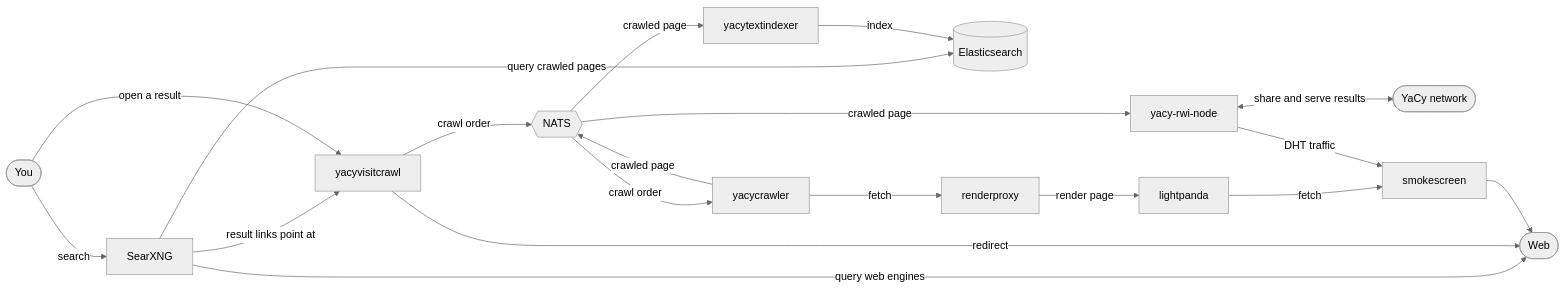
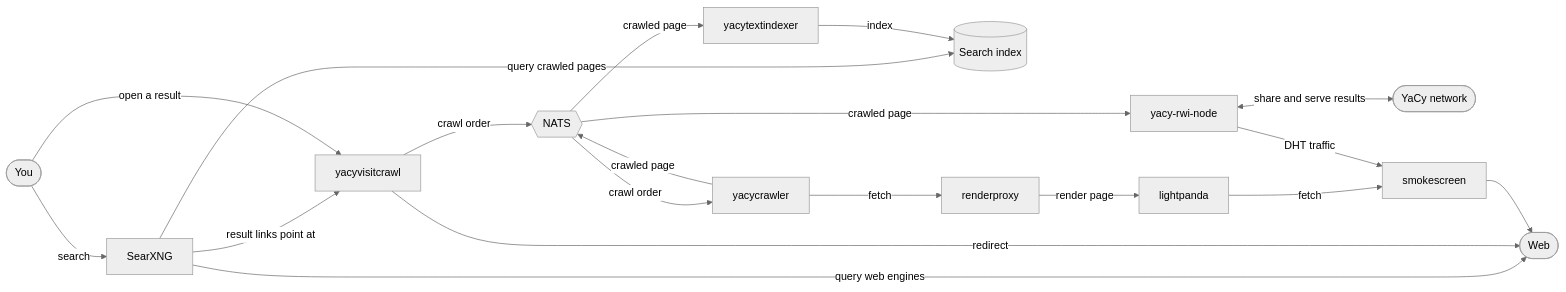
Before and after one commit to nikitakarpei/my-yacy-node: the diagram in examples/full-yacy-stack/README.md, drawn with Mermaid (neutral theme). The commit also changed other lines of this file and 8 other files, not shown here.

````diff
--- a/examples/full-yacy-stack/README.md
+++ b/examples/full-yacy-stack/README.md
@@ -8,28 +8,28 @@
 ```mermaid
 flowchart LR
     You([You])
     Web([Web])
     Net([YaCy network])
 
     You -- search --> searxng[SearXNG]
-    searxng -- query crawled pages --> elasticsearch[(Elasticsearch)]
+    searxng -- query crawled pages --> searchindex[(Search index)]
     searxng -- query web engines --> Web
     searxng -- result links point at --> yacyvisitcrawl[yacyvisitcrawl]
 
     You -- open a result --> yacyvisitcrawl
     yacyvisitcrawl -- crawl order --> nats{{NATS}}
     yacyvisitcrawl -- redirect --> Web
 
     nats -- crawl order --> yacycrawler[yacycrawler]
     yacycrawler -- fetch --> renderproxy[renderproxy]
     renderproxy -- render page --> lightpanda[lightpanda]
     lightpanda -- fetch --> smokescreen[smokescreen] --> Web
     yacycrawler -- crawled page --> nats
 
     nats -- crawled page --> yacytextindexer[yacytextindexer]
-    yacytextindexer -- index --> elasticsearch
+    yacytextindexer -- index --> searchindex
 
     nats -- crawled page --> node[yacy-rwi-node]
     node -- DHT traffic --> smokescreen
     node <-- share and serve results --> Net
 ```
````
